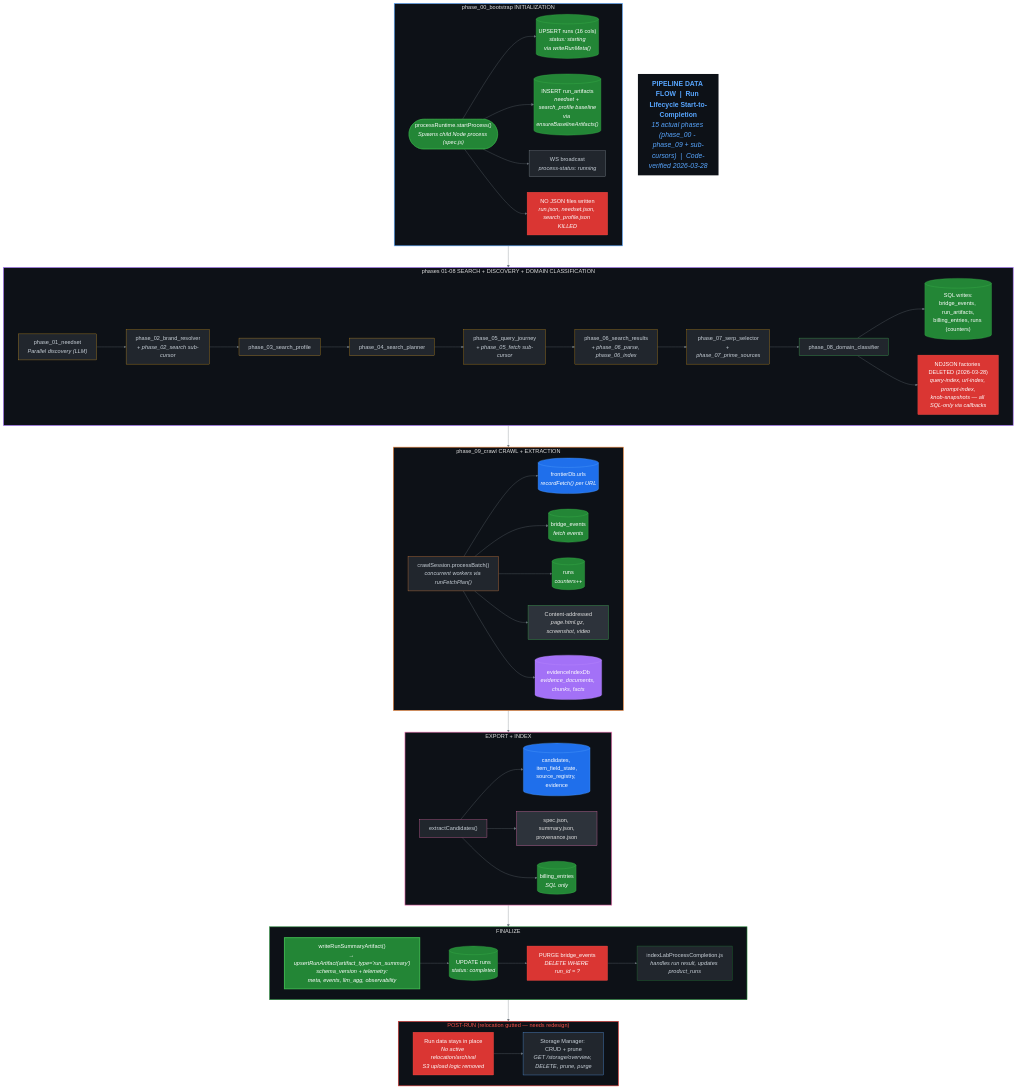
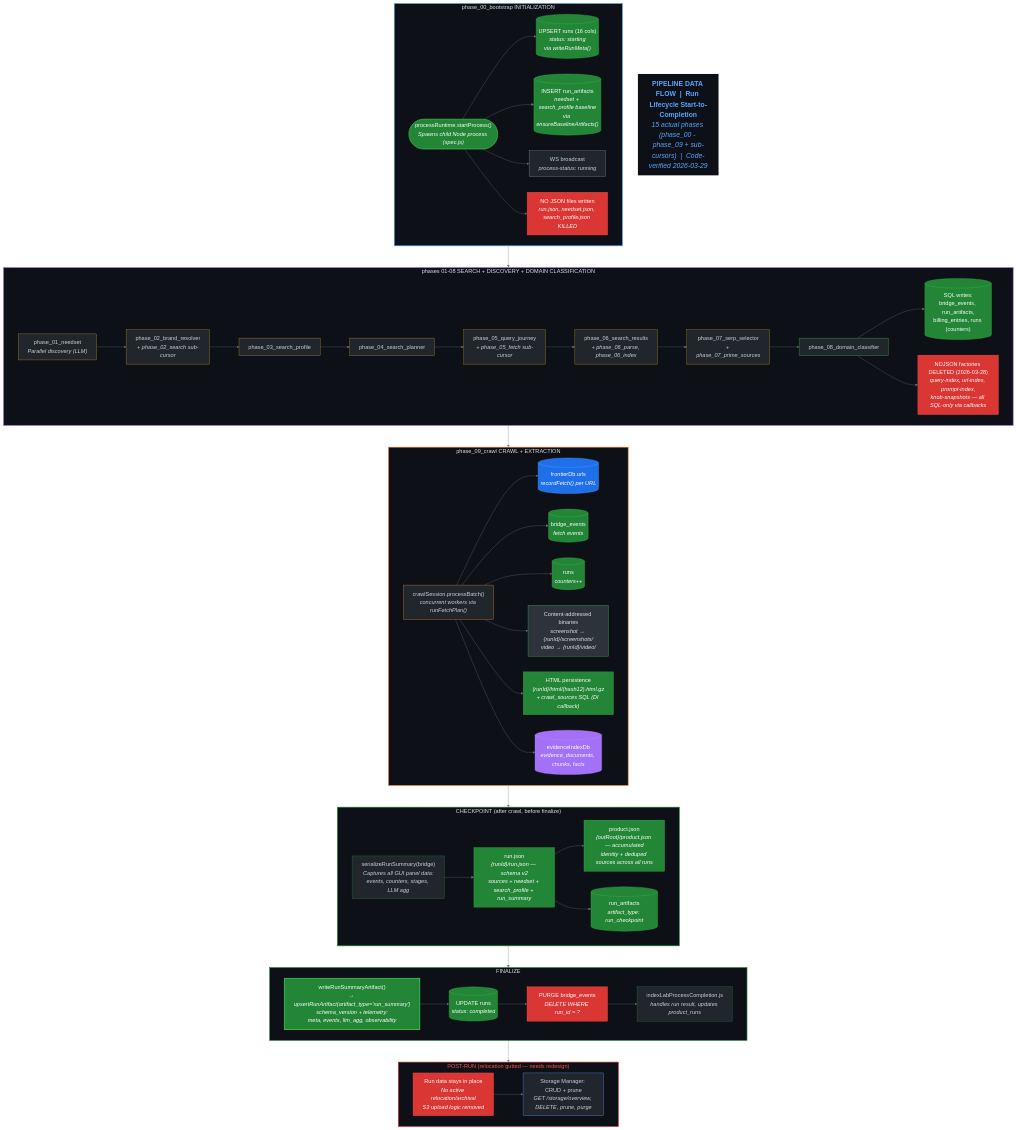
The diagram in docs/implementation/sql-full-migration/PIPELINE-DATA-FLOW.mmd (CdubVentures/Spec-Factory), drawn with Mermaid before and after one commit. The commit also changed 143 other files, not shown here.

```diff
--- a/docs/implementation/sql-full-migration/PIPELINE-DATA-FLOW.mmd
+++ b/docs/implementation/sql-full-migration/PIPELINE-DATA-FLOW.mmd
@@ -1,161 +1,164 @@
 %%{init: {
   "theme": "base",
   "themeVariables": {
     "fontSize": "18px",
     "primaryColor": "#1a1a2e",
     "primaryTextColor": "#e0e0e0",
     "primaryBorderColor": "#4a90d9",
     "lineColor": "#6c757d",
     "secondaryColor": "#16213e",
     "tertiaryColor": "#0f3460",
     "background": "#0d1117",
     "mainBkg": "#161b22",
     "nodeBorder": "#4a90d9",
     "clusterBkg": "#161b22",
     "clusterBorder": "#30363d",
     "titleColor": "#e0e0e0",
     "edgeLabelBackground": "#0d1117",
     "nodeTextColor": "#e0e0e0"
   },
   "flowchart": {
     "nodeSpacing": 50,
     "rankSpacing": 70,
     "curve": "basis",
     "padding": 15
   }
 }}%%
 
 flowchart TB
 
-  title["<b>PIPELINE DATA FLOW  |  Run Lifecycle Start-to-Completion</b><br/><i>15 actual phases (phase_00 - phase_09 + sub-cursors)  |  Code-verified 2026-03-28</i>"]
+  title["<b>PIPELINE DATA FLOW  |  Run Lifecycle Start-to-Completion</b><br/><i>15 actual phases (phase_00 - phase_09 + sub-cursors)  |  Code-verified 2026-03-29</i>"]
   style title fill:#0d1117,stroke:none,color:#58a6ff,font-size:22px
 
   %% ===== PHASE 00: BOOTSTRAP =====
   subgraph P00["phase_00_bootstrap  INITIALIZATION"]
     direction LR
     p0_start(["processRuntime.startProcess()<br/><i>Spawns child Node process (spec.js)</i>"])
     p0_runsql[("UPSERT runs (16 cols)<br/><i>status: starting<br/>via writeRunMeta()</i>")]
     p0_artifacts[("INSERT run_artifacts<br/><i>needset + search_profile baseline<br/>via ensureBaselineArtifacts()</i>")]
     p0_ws["WS broadcast<br/><i>process-status: running</i>"]
     p0_nofiles["NO JSON files written<br/><i>run.json, needset.json, search_profile.json KILLED</i>"]
 
     p0_start --> p0_runsql
     p0_start --> p0_artifacts
     p0_start --> p0_ws
     p0_start --> p0_nofiles
   end
   style P00 fill:#0d1117,stroke:#58a6ff,color:#e0e0e0,stroke-width:2px
   style p0_start fill:#238636,stroke:#3fb950,color:#fff
   style p0_runsql fill:#238636,stroke:#3fb950,color:#fff
   style p0_artifacts fill:#238636,stroke:#3fb950,color:#fff
   style p0_ws fill:#21262d,stroke:#8b949e,color:#c9d1d9
   style p0_nofiles fill:#da3633,stroke:#f85149,color:#fff
 
   %% ===== PHASES 01-08: SEARCH + DISCOVERY =====
   subgraph P18["phases 01-08  SEARCH + DISCOVERY + DOMAIN CLASSIFICATION"]
     direction LR
     p1_needset["phase_01_needset<br/><i>Parallel discovery (LLM)</i>"]
     p2_brand["phase_02_brand_resolver<br/><i>+ phase_02_search sub-cursor</i>"]
     p3_profile["phase_03_search_profile"]
     p4_planner["phase_04_search_planner"]
     p5_query["phase_05_query_journey<br/><i>+ phase_05_fetch sub-cursor</i>"]
     p6_results["phase_06_search_results<br/><i>+ phase_06_parse, phase_06_index</i>"]
     p7_serp["phase_07_serp_selector<br/><i>+ phase_07_prime_sources</i>"]
     p8_domain["phase_08_domain_classifier"]
 
     p18_sql[("SQL writes:<br/>bridge_events, run_artifacts,<br/>billing_entries, runs (counters)")]
     p18_ndjson["NDJSON factories DELETED (2026-03-28)<br/><i>query-index, url-index, prompt-index,<br/>knob-snapshots — all SQL-only via callbacks</i>"]
 
     p1_needset --> p2_brand --> p3_profile --> p4_planner
     p4_planner --> p5_query --> p6_results --> p7_serp --> p8_domain
     p8_domain --> p18_sql
     p8_domain --> p18_ndjson
   end
   style P18 fill:#0d1117,stroke:#a371f7,color:#e0e0e0,stroke-width:2px
   style p1_needset fill:#21262d,stroke:#d29922,color:#c9d1d9
   style p2_brand fill:#21262d,stroke:#d29922,color:#c9d1d9
   style p3_profile fill:#21262d,stroke:#d29922,color:#c9d1d9
   style p4_planner fill:#21262d,stroke:#d29922,color:#c9d1d9
   style p5_query fill:#21262d,stroke:#d29922,color:#c9d1d9
   style p6_results fill:#21262d,stroke:#d29922,color:#c9d1d9
   style p7_serp fill:#21262d,stroke:#d29922,color:#c9d1d9
   style p8_domain fill:#21262d,stroke:#3fb950,color:#c9d1d9
   style p18_sql fill:#238636,stroke:#3fb950,color:#fff
   style p18_ndjson fill:#da3633,stroke:#f85149,color:#fff
 
   %% ===== PHASE 09: CRAWL =====
   subgraph P09["phase_09_crawl  CRAWL + EXTRACTION"]
     direction LR
     p9_batch["crawlSession.processBatch()<br/><i>concurrent workers via runFetchPlan()</i>"]
     p9_frontier[("frontierDb.urls<br/><i>recordFetch() per URL</i>")]
     p9_events[("bridge_events<br/><i>fetch events</i>")]
     p9_runs[("runs<br/><i>counters++</i>")]
-    p9_binaries["Content-addressed<br/><i>page.html.gz, screenshot, video</i>"]
+    p9_binaries["Content-addressed binaries<br/><i>screenshot → {runId}/screenshots/<br/>video → {runId}/video/</i>"]
+    p9_html["HTML persistence<br/><i>{runId}/html/{hash12}.html.gz<br/>+ crawl_sources SQL (DI callback)</i>"]
     p9_evidence[("evidenceIndexDb<br/><i>evidence_documents, chunks, facts</i>")]
 
     p9_batch --> p9_frontier
     p9_batch --> p9_events
     p9_batch --> p9_runs
     p9_batch --> p9_binaries
+    p9_batch --> p9_html
     p9_batch --> p9_evidence
   end
   style P09 fill:#0d1117,stroke:#f0883e,color:#e0e0e0,stroke-width:2px
   style p9_batch fill:#21262d,stroke:#f0883e,color:#c9d1d9
   style p9_frontier fill:#1f6feb,stroke:#58a6ff,color:#fff
   style p9_events fill:#238636,stroke:#3fb950,color:#fff
   style p9_runs fill:#238636,stroke:#3fb950,color:#fff
   style p9_binaries fill:#2d333b,stroke:#3fb950,color:#e0e0e0
+  style p9_html fill:#238636,stroke:#3fb950,color:#fff
   style p9_evidence fill:#a371f7,stroke:#bc8cff,color:#fff
 
-  %% ===== EXPORT =====
-  subgraph EXPORT["EXPORT + INDEX"]
+  %% ===== CHECKPOINT (Two-JSON System) =====
+  subgraph CHECKPOINT["CHECKPOINT  (after crawl, before finalize)"]
     direction LR
-    exp_parse["extractCandidates()"]
-    exp_specdb[("candidates, item_field_state,<br/>source_registry, evidence")]
-    exp_output["spec.json, summary.json,<br/>provenance.json"]
-    exp_billing[("billing_entries<br/><i>SQL only</i>")]
+    cp_summary["serializeRunSummary(bridge)<br/><i>Captures all GUI panel data:<br/>events, counters, stages, LLM agg</i>"]
+    cp_run["run.json<br/><i>{runId}/run.json — schema v2<br/>sources + needset + search_profile + run_summary</i>"]
+    cp_product["product.json<br/><i>{outRoot}/product.json — accumulated<br/>identity + deduped sources across all runs</i>"]
+    cp_sql[("run_artifacts<br/><i>artifact_type: run_checkpoint</i>")]
 
-    exp_parse --> exp_specdb
-    exp_parse --> exp_output
-    exp_parse --> exp_billing
+    cp_summary --> cp_run
+    cp_run --> cp_product
+    cp_run --> cp_sql
   end
-  style EXPORT fill:#0d1117,stroke:#f778ba,color:#e0e0e0,stroke-width:2px
-  style exp_parse fill:#21262d,stroke:#f778ba,color:#c9d1d9
-  style exp_specdb fill:#1f6feb,stroke:#58a6ff,color:#fff
-  style exp_output fill:#2d333b,stroke:#f778ba,color:#e0e0e0
-  style exp_billing fill:#238636,stroke:#3fb950,color:#fff
+  style CHECKPOINT fill:#0d1117,stroke:#238636,color:#e0e0e0,stroke-width:2px
+  style cp_summary fill:#21262d,stroke:#238636,color:#c9d1d9
+  style cp_run fill:#238636,stroke:#3fb950,color:#fff
+  style cp_product fill:#238636,stroke:#3fb950,color:#fff
+  style cp_sql fill:#238636,stroke:#3fb950,color:#fff
 
   %% ===== FINALIZE =====
   subgraph FINALIZE["FINALIZE"]
     direction LR
     fin_summary["writeRunSummaryArtifact()<br/><i>→ upsertRunArtifact(artifact_type='run_summary')<br/>schema_version + telemetry:<br/>meta, events, llm_agg, observability</i>"]
     fin_runsql[("UPDATE runs<br/><i>status: completed</i>")]
     fin_purge["PURGE bridge_events<br/><i>DELETE WHERE run_id = ?</i>"]
     fin_complete["indexLabProcessCompletion.js<br/><i>handles run result, updates product_runs</i>"]
 
     fin_summary --> fin_runsql --> fin_purge --> fin_complete
   end
   style FINALIZE fill:#0d1117,stroke:#238636,color:#e0e0e0,stroke-width:2px
   style fin_summary fill:#238636,stroke:#3fb950,color:#fff,stroke-width:3px
   style fin_runsql fill:#238636,stroke:#3fb950,color:#fff
   style fin_purge fill:#da3633,stroke:#f85149,color:#fff
   style fin_complete fill:#21262d,stroke:#238636,color:#c9d1d9
 
   %% ===== POST-RUN =====
   subgraph POSTRUN["POST-RUN  (relocation gutted — needs redesign)"]
     direction LR
     post_note["Run data stays in place<br/><i>No active relocation/archival<br/>S3 upload logic removed</i>"]
     post_storage["Storage Manager: CRUD + prune<br/><i>GET /storage/overview, DELETE, prune, purge</i>"]
 
     post_note --> post_storage
   end
   style POSTRUN fill:#0d1117,stroke:#da3633,color:#f85149,stroke-width:2px
   style post_note fill:#da3633,stroke:#f85149,color:#fff
   style post_storage fill:#21262d,stroke:#58a6ff,color:#c9d1d9
 
   %% ===== FLOW =====
   P00 --> P18
   P18 --> P09
-  P09 --> EXPORT
-  EXPORT --> FINALIZE
+  P09 --> CHECKPOINT
+  CHECKPOINT --> FINALIZE
   FINALIZE --> POSTRUN
```
